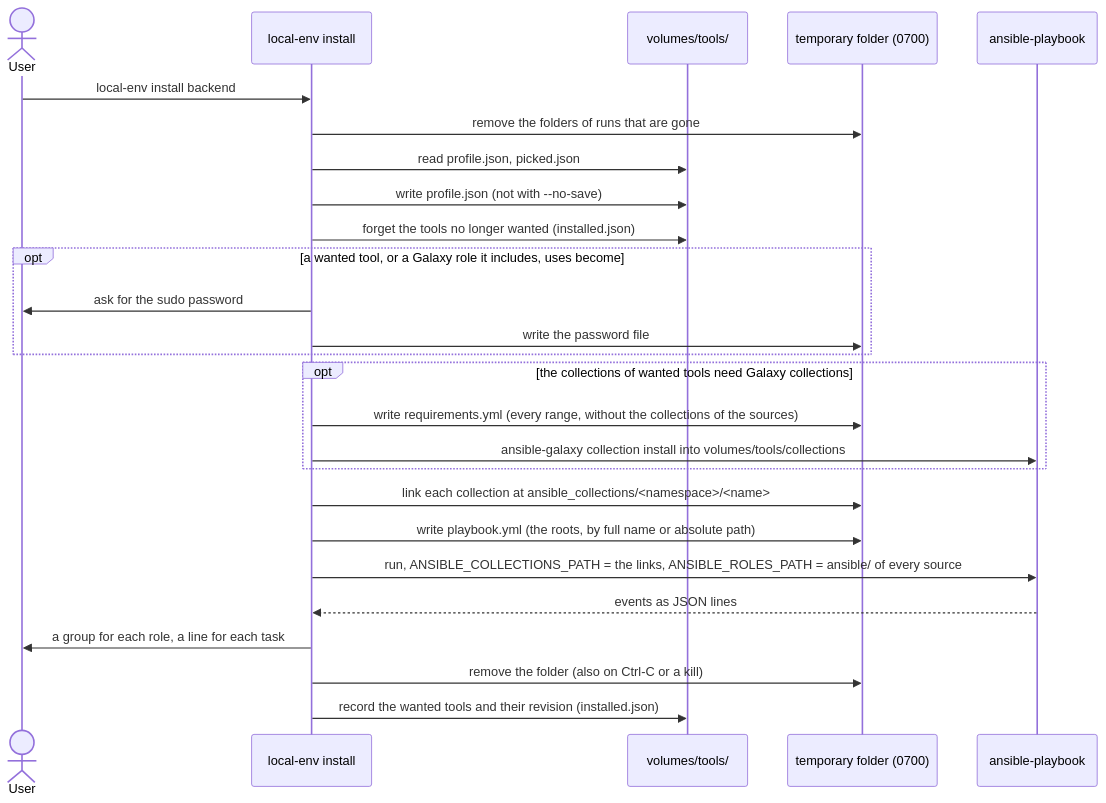
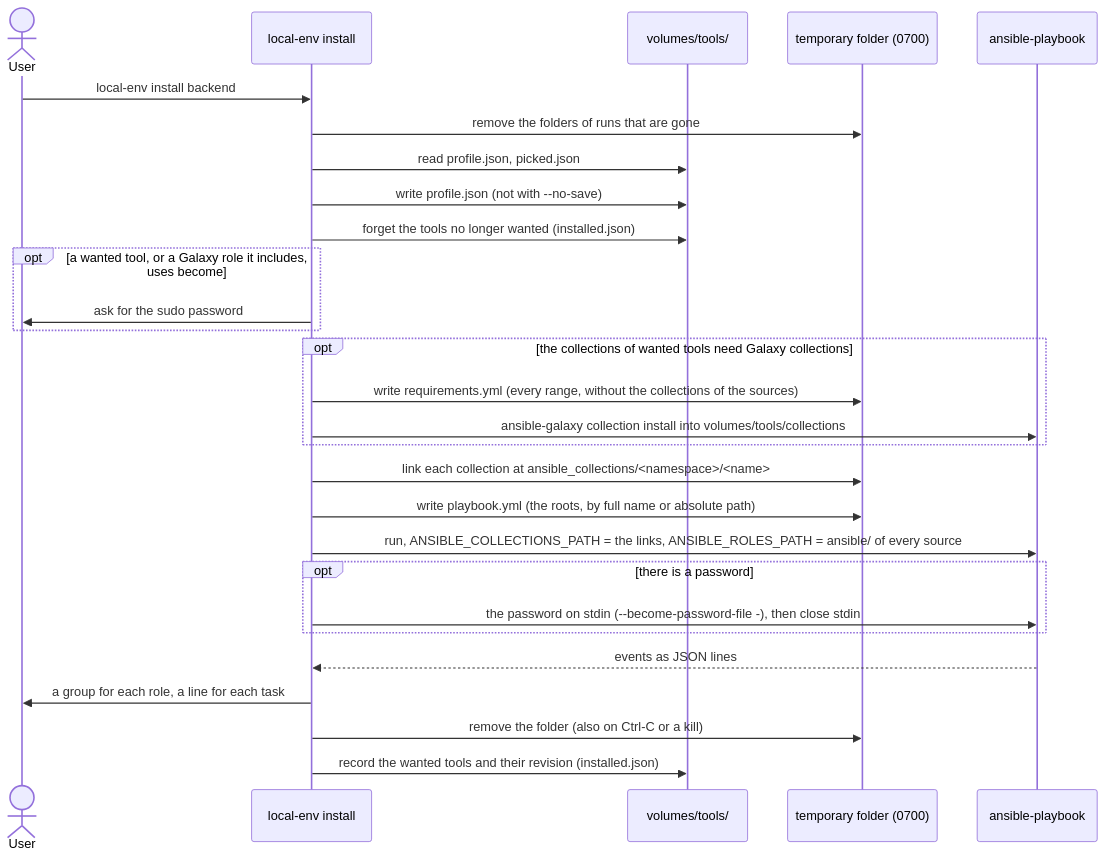
The third of 4 diagrams in docs/features/tools-and-profiles.md (cgaube/local-env), drawn with Mermaid before and after one commit. The commit also changed other lines of this file and 11 other files, not shown here.

Commit message:
pass the sudo password to ansible on stdin (#24)

````diff
--- a/docs/features/tools-and-profiles.md
+++ b/docs/features/tools-and-profiles.md
@@ -154,29 +154,31 @@
 ```mermaid
 sequenceDiagram
   actor user as User
   participant cli as local-env install
   participant files as volumes/tools/
   participant tmp as temporary folder (0700)
   participant ansible as ansible-playbook
 
   user->>cli: local-env install backend
   cli->>tmp: remove the folders of runs that are gone
   cli->>files: read profile.json, picked.json
   cli->>files: write profile.json (not with --no-save)
   cli->>files: forget the tools no longer wanted (installed.json)
   opt a wanted tool, or a Galaxy role it includes, uses become
     cli->>user: ask for the sudo password
-    cli->>tmp: write the password file
   end
   opt the collections of wanted tools need Galaxy collections
     cli->>tmp: write requirements.yml (every range, without the collections of the sources)
     cli->>ansible: ansible-galaxy collection install into volumes/tools/collections
   end
   cli->>tmp: link each collection at ansible_collections/#lt;namespace#gt;/#lt;name#gt;
   cli->>tmp: write playbook.yml (the roots, by full name or absolute path)
   cli->>ansible: run, ANSIBLE_COLLECTIONS_PATH = the links, ANSIBLE_ROLES_PATH = ansible/ of every source
+  opt there is a password
+    cli->>ansible: the password on stdin (--become-password-file -), then close stdin
+  end
   ansible-->>cli: events as JSON lines
   cli->>user: a group for each role, a line for each task
   cli->>tmp: remove the folder (also on Ctrl-C or a kill)
   cli->>files: record the wanted tools and their revision (installed.json)
 ```
````
